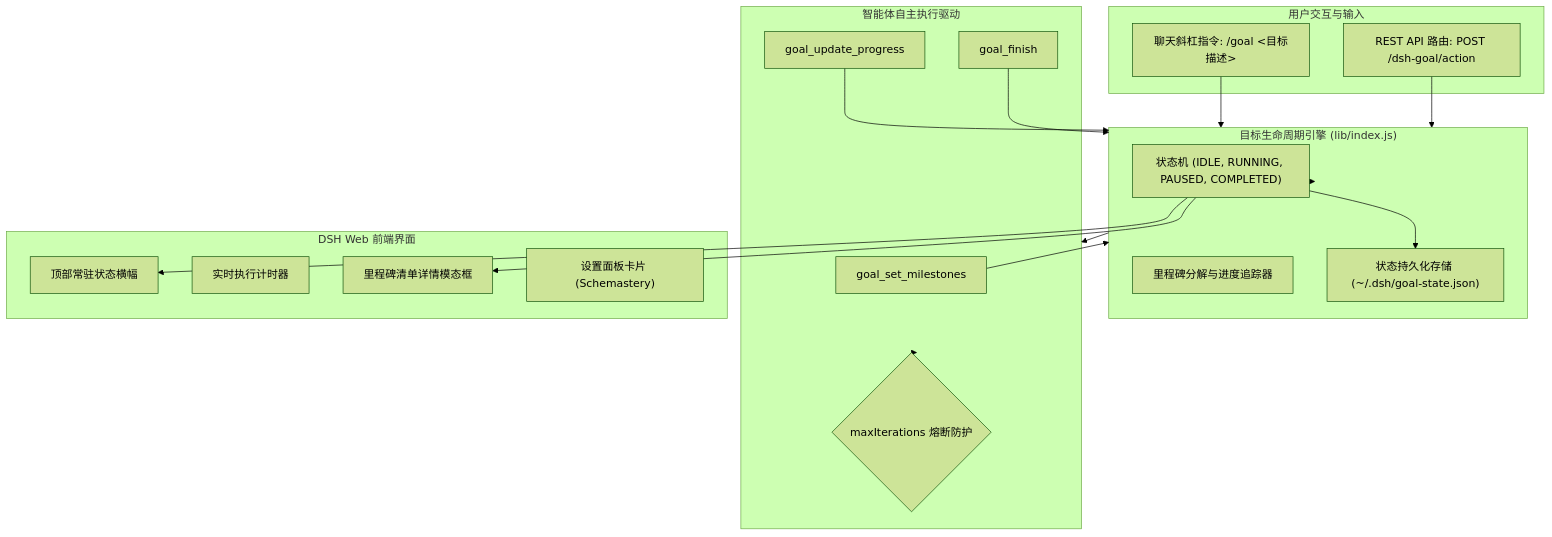
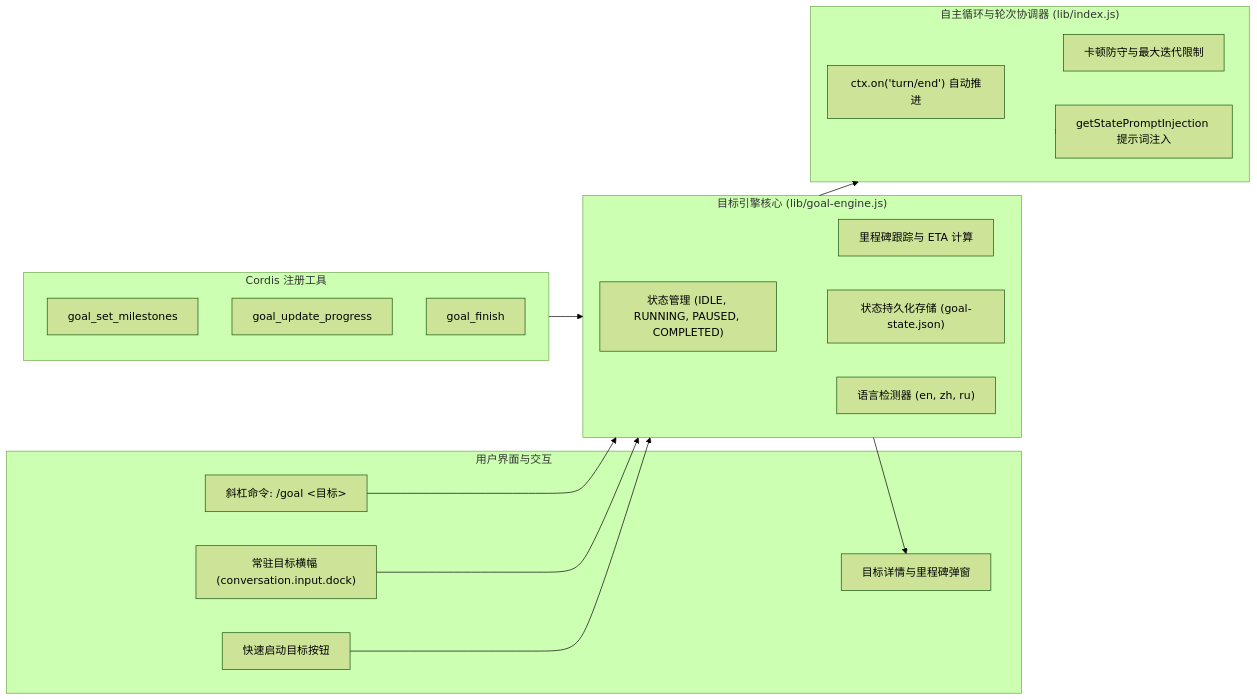
The diagram in docs/README.zh.md (GooDAnDReaDY/dsh-goal), drawn with Mermaid (forest theme) before and after one commit. The commit also changed other lines of this file and 12 other files, not shown here.

Commit message:
feat: Live steering, browser notifications, 10 launch presets, tool-failure breaker & Git checkpoints (v0.2.0) (#42)

````diff
--- a/docs/README.zh.md
+++ b/docs/README.zh.md
@@ -54,39 +62,38 @@
 ```mermaid
-graph TD
-    subgraph Input ["用户交互与输入"]
-        Cmd["聊天斜杠指令: /goal &lt;目标描述&gt;"]
-        API["REST API 路由: POST /dsh-goal/action"]
+graph LR
+    subgraph UserInterface ["用户界面与交互"]
+        Cmd["斜杠命令: /goal &lt;目标&gt;"]
+        Dock["常驻目标横幅 (conversation.input.dock)"]
+        Modal["目标详情与里程碑弹窗"]
+        QuickLaunch["快速启动目标按钮"]
     end
 
-    subgraph GoalEngine ["目标生命周期引擎 (lib/index.js)"]
-        State["状态机 (IDLE, RUNNING, PAUSED, COMPLETED)"]
-        Milestones["里程碑分解与进度追踪器"]
-        Disk["状态持久化存储 (~/.dsh/goal-state.json)"]
+    subgraph GoalEngineCore ["目标引擎核心 (lib/goal-engine.js)"]
+        State["状态管理 (IDLE, RUNNING, PAUSED, COMPLETED)"]
+        Milestones["里程碑跟踪与 ETA 计算"]
+        DiskStore["状态持久化存储 (goal-state.json)"]
+        LangDetector["语言检测器 (en, zh, ru)"]
     end
 
-    subgraph AgentLoop ["智能体自主执行驱动"]
+    subgraph AutonomousLoop ["自主循环与轮次协调器 (lib/index.js)"]
+        TurnHook["ctx.on('turn/end') 自动推进"]
+        Guard["卡顿防守与最大迭代限制"]
+        PromptInject["getStatePromptInjection 提示词注入"]
+    end
+
+    subgraph AgentTools ["Cordis 注册工具"]
         ToolSet["goal_set_milestones"]
         ToolProgress["goal_update_progress"]
         ToolFinish["goal_finish"]
-        LimitGuard{"maxIterations 熔断防护"}
     end
 
-    subgraph UI ["DSH Web 前端界面"]
-        Banner["顶部常驻状态横幅"]
-        Timer["实时执行计时器"]
-        Drawer["里程碑清单详情模态框"]
-        Settings["设置面板卡片 (Schemastery)"]
-    end
-
-    Cmd --> GoalEngine
-    API --> GoalEngine
-    GoalEngine --> State
-    State --> Disk
-    State --> Banner
-    State --> Drawer
-    GoalEngine --> AgentLoop
-    AgentLoop --> LimitGuard
-    ToolSet --> GoalEngine
-    ToolProgress --> GoalEngine
-    ToolFinish --> GoalEngine
+    Cmd --> GoalEngineCore
+    Dock --> GoalEngineCore
+    QuickLaunch --> GoalEngineCore
+    GoalEngineCore --> DiskStore
+    GoalEngineCore --> AutonomousLoop
+    AutonomousLoop --> PromptInject
+    GoalEngineCore --> Modal
+    AgentTools --> GoalEngineCore
+    AutonomousLoop --> Guard
 ```
````
